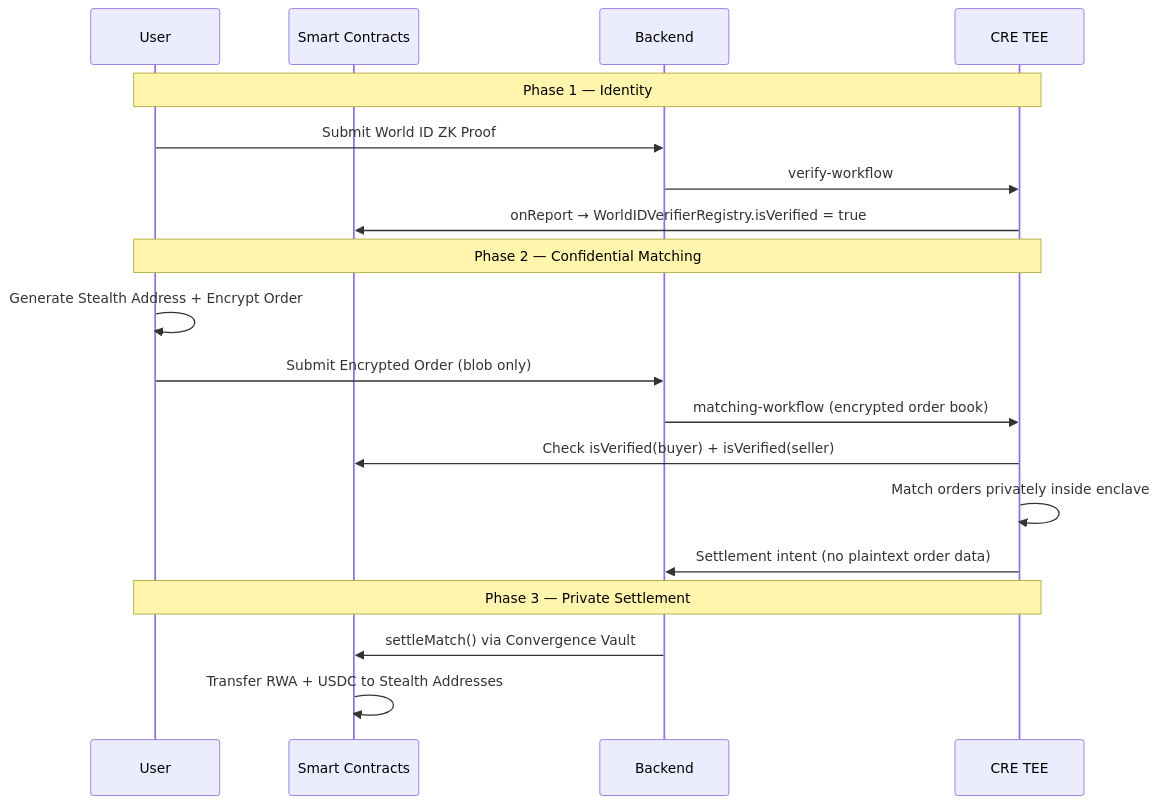
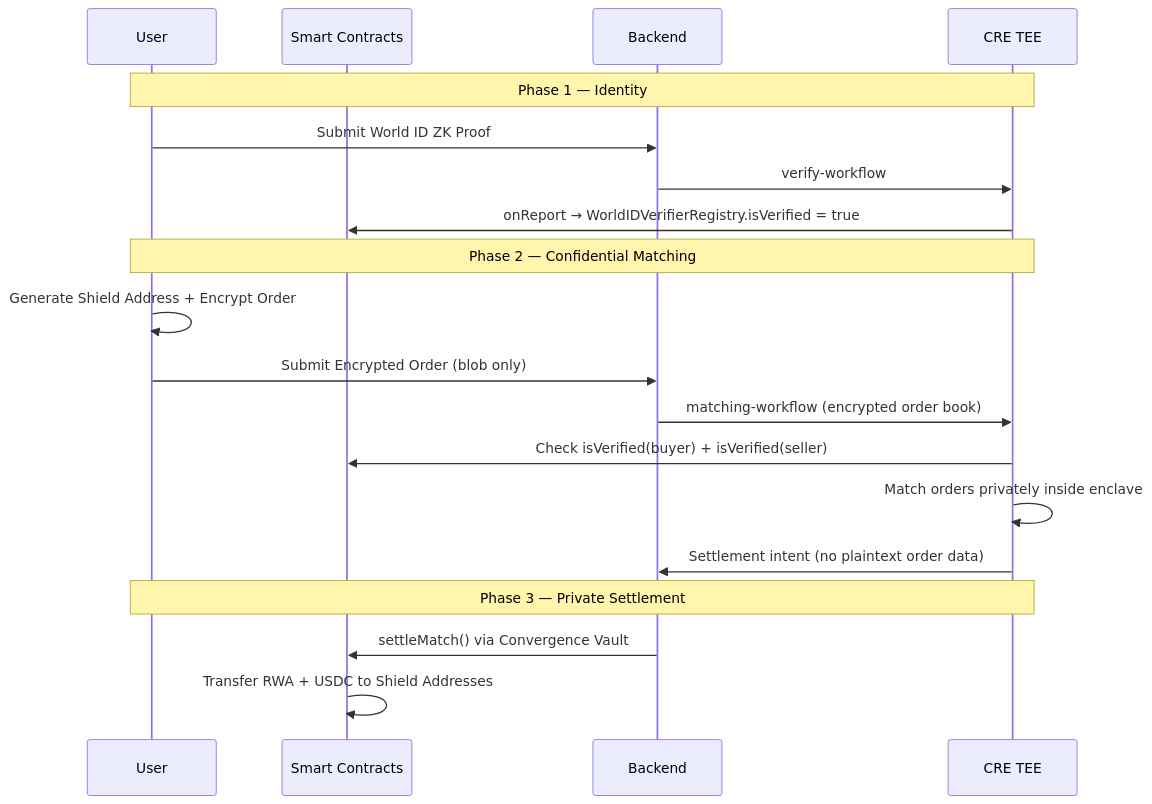
One commit to furqaannabi/ssl changed the second of 5 diagrams in README.md. Above: the diagram before and after it, drawn with Mermaid. The commit also changed other lines of this file and 6 other files, not shown here.

````diff
--- a/README.md
+++ b/README.md
@@ -70,24 +70,24 @@
 ```mermaid
 sequenceDiagram
     participant U as User
     participant SC as Smart Contracts
     participant B as Backend
     participant TEE as CRE TEE
 
     Note over U, TEE: Phase 1 — Identity
     U->>B: Submit World ID ZK Proof
     B->>TEE: verify-workflow
     TEE->>SC: onReport → WorldIDVerifierRegistry.isVerified = true
 
     Note over U, TEE: Phase 2 — Confidential Matching
-    U->>U: Generate Stealth Address + Encrypt Order
+    U->>U: Generate Shield Address + Encrypt Order
     U->>B: Submit Encrypted Order (blob only)
     B->>TEE: matching-workflow (encrypted order book)
     TEE->>SC: Check isVerified(buyer) + isVerified(seller)
     TEE->>TEE: Match orders privately inside enclave
     TEE->>B: Settlement intent (no plaintext order data)
 
     Note over U, TEE: Phase 3 — Private Settlement
     B->>SC: settleMatch() via Convergence Vault
-    SC->>SC: Transfer RWA + USDC to Stealth Addresses
+    SC->>SC: Transfer RWA + USDC to Shield Addresses
 ```
````
